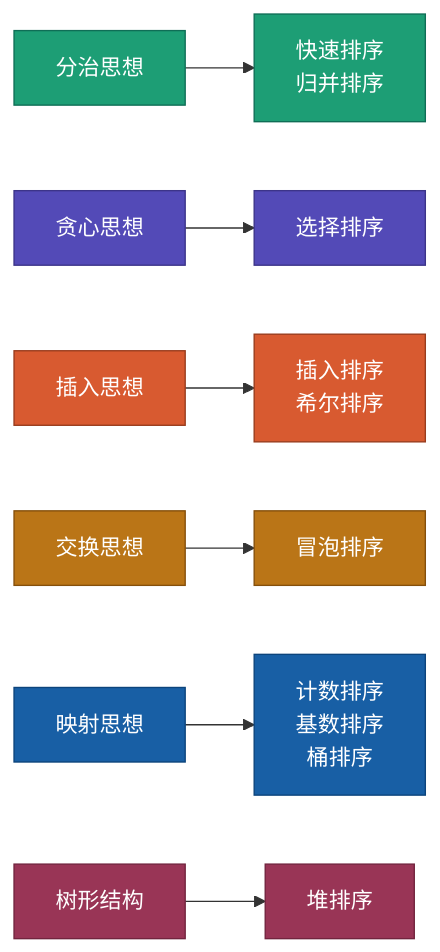
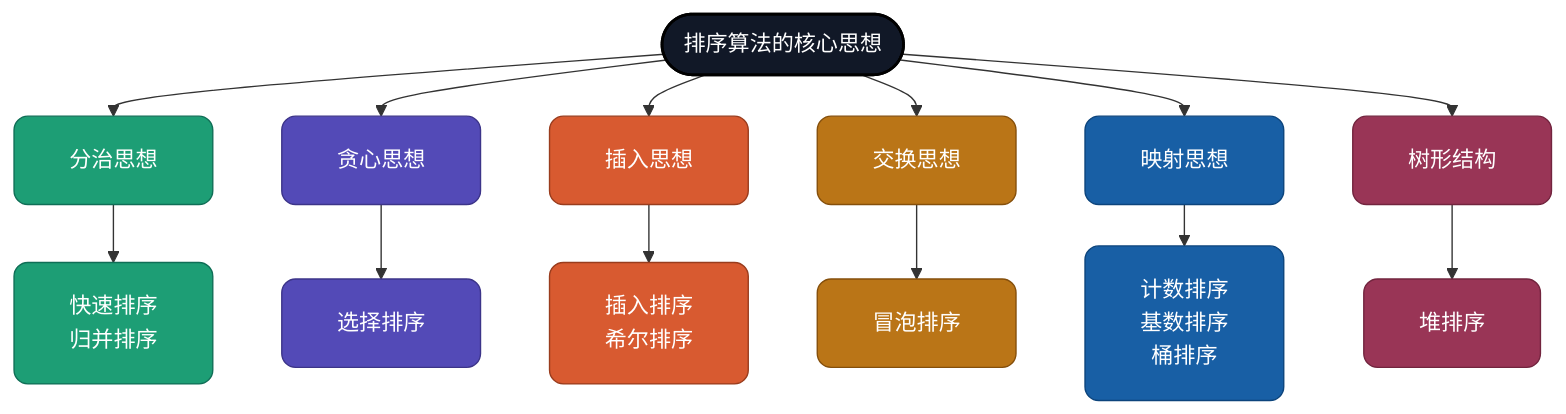
One commit to microwind/algorithms changed the first of 14 diagrams in sorting/AI-Era-Top-10-Sorting-Algorithms.md. Above: the diagram before and after it, drawn with Mermaid. The commit also changed other lines of this file and 3 other files, not shown here.

````diff
--- a/sorting/AI-Era-Top-10-Sorting-Algorithms.md
+++ b/sorting/AI-Era-Top-10-Sorting-Algorithms.md
@@ -31,22 +27,38 @@
 ```mermaid
-graph LR
-    A["分治思想"] --> A1["快速排序\n归并排序"]
-    B["贪心思想"] --> B1["选择排序"]
-    C["插入思想"] --> C1["插入排序\n希尔排序"]
-    D["交换思想"] --> D1["冒泡排序"]
-    E["映射思想"] --> E1["计数排序\n基数排序\n桶排序"]
-    F["树形结构"] --> F1["堆排序"]
+%%{init: {'flowchart': {'nodeSpacing': 50, 'rankSpacing': 30, 'padding': 20}}}%%
+graph TD
+    ROOT(["排序算法的核心思想"]):::root
 
-    style A fill:#1D9E75,stroke:#0F6E56,color:#ffffff
-    style B fill:#534AB7,stroke:#3C3489,color:#ffffff
-    style C fill:#D85A30,stroke:#993C1D,color:#ffffff
-    style D fill:#BA7517,stroke:#854F0B,color:#ffffff
-    style E fill:#185FA5,stroke:#0C447C,color:#ffffff
-    style F fill:#993556,stroke:#72243E,color:#ffffff
-    style A1 fill:#1D9E75,stroke:#0F6E56,color:#ffffff
-    style B1 fill:#534AB7,stroke:#3C3489,color:#ffffff
-    style C1 fill:#D85A30,stroke:#993C1D,color:#ffffff
-    style D1 fill:#BA7517,stroke:#854F0B,color:#ffffff
-    style E1 fill:#185FA5,stroke:#0C447C,color:#ffffff
-    style F1 fill:#993556,stroke:#72243E,color:#ffffff
+    ROOT --> A["分治思想"]
+    ROOT --> B["贪心思想"]
+    ROOT --> C["插入思想"]
+    ROOT --> D["交换思想"]
+    ROOT --> E["映射思想"]
+    ROOT --> F["树形结构"]
+
+    A --> A1["快速排序\n归并排序"]
+    B --> B1["选择排序"]
+    C --> C1["插入排序\n希尔排序"]
+    D --> D1["冒泡排序"]
+    E --> E1["计数排序\n基数排序\n桶排序"]
+    F --> F1["堆排序"]
+
+    %% root更突出
+    classDef root fill:#111827,color:#ffffff,stroke:#000000,stroke-width:2px,rx:12,ry:12
+
+    %% 分类层
+    style A fill:#1D9E75,stroke:#0F6E56,color:#ffffff,rx:10,ry:10
+    style B fill:#534AB7,stroke:#3C3489,color:#ffffff,rx:10,ry:10
+    style C fill:#D85A30,stroke:#993C1D,color:#ffffff,rx:10,ry:10
+    style D fill:#BA7517,stroke:#854F0B,color:#ffffff,rx:10,ry:10
+    style E fill:#185FA5,stroke:#0C447C,color:#ffffff,rx:10,ry:10
+    style F fill:#993556,stroke:#72243E,color:#ffffff,rx:10,ry:10
+
+    %% 叶子层
+    style A1 fill:#1D9E75,stroke:#0F6E56,color:#ffffff,rx:10,ry:10
+    style B1 fill:#534AB7,stroke:#3C3489,color:#ffffff,rx:10,ry:10
+    style C1 fill:#D85A30,stroke:#993C1D,color:#ffffff,rx:10,ry:10
+    style D1 fill:#BA7517,stroke:#854F0B,color:#ffffff,rx:10,ry:10
+    style E1 fill:#185FA5,stroke:#0C447C,color:#ffffff,rx:10,ry:10
+    style F1 fill:#993556,stroke:#72243E,color:#ffffff,rx:10,ry:10
 ```
````
